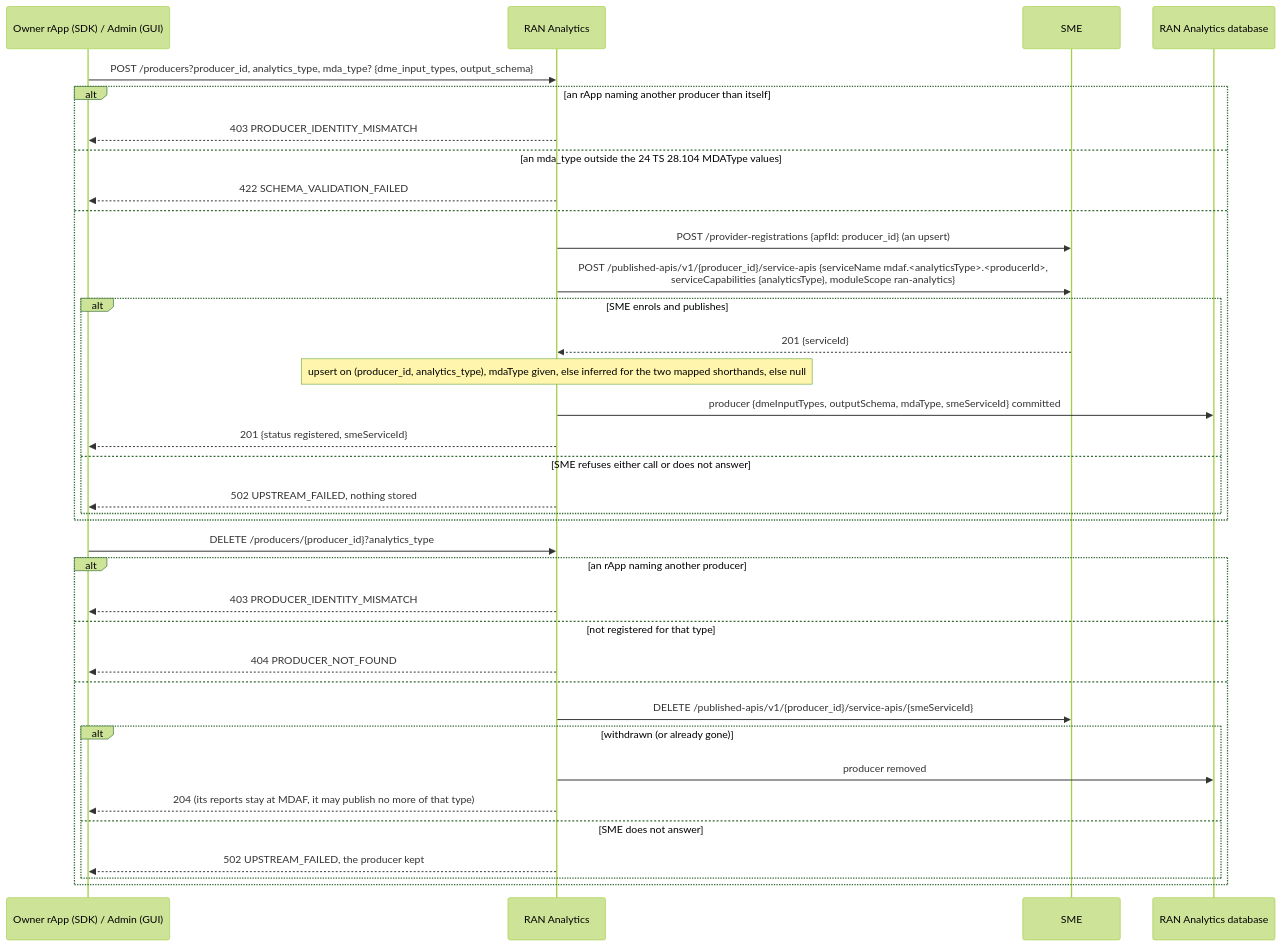
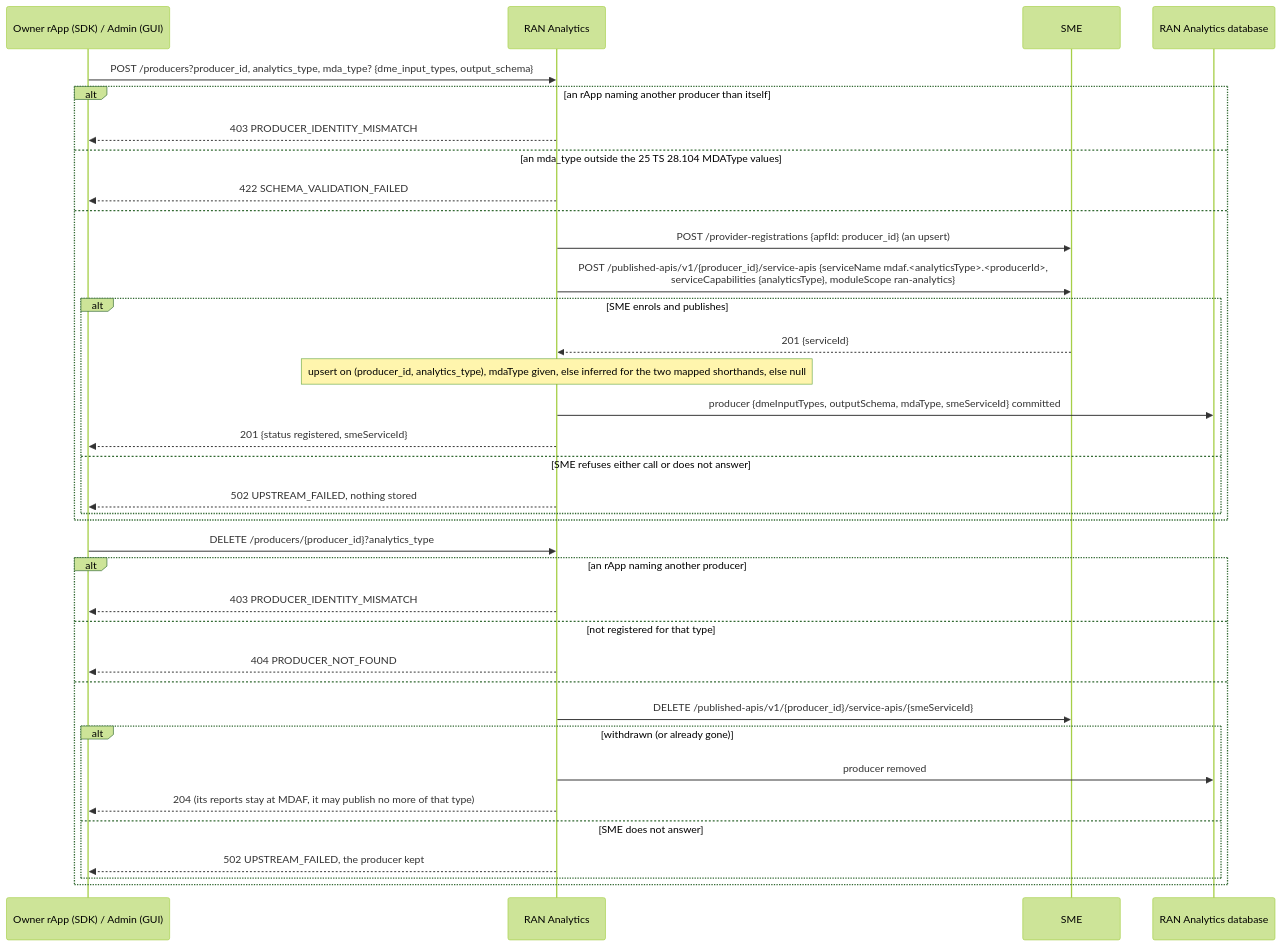
One commit to rsys-bshankar/ai-ran-smo changed the first of 4 diagrams in smo/docs/call-flows/08-ran-analytics-data-production.md. Above: the diagram before and after it, drawn with Mermaid (forest theme). The commit also changed other lines of this file and 47 other files, not shown here.

````diff
--- a/smo/docs/call-flows/08-ran-analytics-data-production.md
+++ b/smo/docs/call-flows/08-ran-analytics-data-production.md
@@ -28,39 +28,39 @@
 ```mermaid
 sequenceDiagram
     participant P as Owner rApp (SDK) / Admin (GUI)
     participant RA as RAN Analytics
     participant SME as SME
     participant DB as RAN Analytics database
 
     P->>RA: POST /producers?producer_id, analytics_type, mda_type? {dme_input_types, output_schema}
     alt an rApp naming another producer than itself
         RA-->>P: 403 PRODUCER_IDENTITY_MISMATCH
-    else an mda_type outside the 24 TS 28.104 MDAType values
+    else an mda_type outside the 25 TS 28.104 MDAType values
         RA-->>P: 422 SCHEMA_VALIDATION_FAILED
     else
         RA->>SME: POST /provider-registrations {apfId: producer_id} (an upsert)
         RA->>SME: POST /published-apis/v1/{producer_id}/service-apis {serviceName mdaf.<analyticsType>.<producerId>,<br/>serviceCapabilities {analyticsType}, moduleScope ran-analytics}
         alt SME enrols and publishes
             SME-->>RA: 201 {serviceId}
             Note over RA: upsert on (producer_id, analytics_type), mdaType given, else inferred for the two mapped shorthands, else null
             RA->>DB: producer {dmeInputTypes, outputSchema, mdaType, smeServiceId} committed
             RA-->>P: 201 {status registered, smeServiceId}
         else SME refuses either call or does not answer
             RA-->>P: 502 UPSTREAM_FAILED, nothing stored
         end
     end
     P->>RA: DELETE /producers/{producer_id}?analytics_type
     alt an rApp naming another producer
         RA-->>P: 403 PRODUCER_IDENTITY_MISMATCH
     else not registered for that type
         RA-->>P: 404 PRODUCER_NOT_FOUND
     else
         RA->>SME: DELETE /published-apis/v1/{producer_id}/service-apis/{smeServiceId}
         alt withdrawn (or already gone)
             RA->>DB: producer removed
             RA-->>P: 204 (its reports stay at MDAF, it may publish no more of that type)
         else SME does not answer
             RA-->>P: 502 UPSTREAM_FAILED, the producer kept
         end
     end
 ```
````
